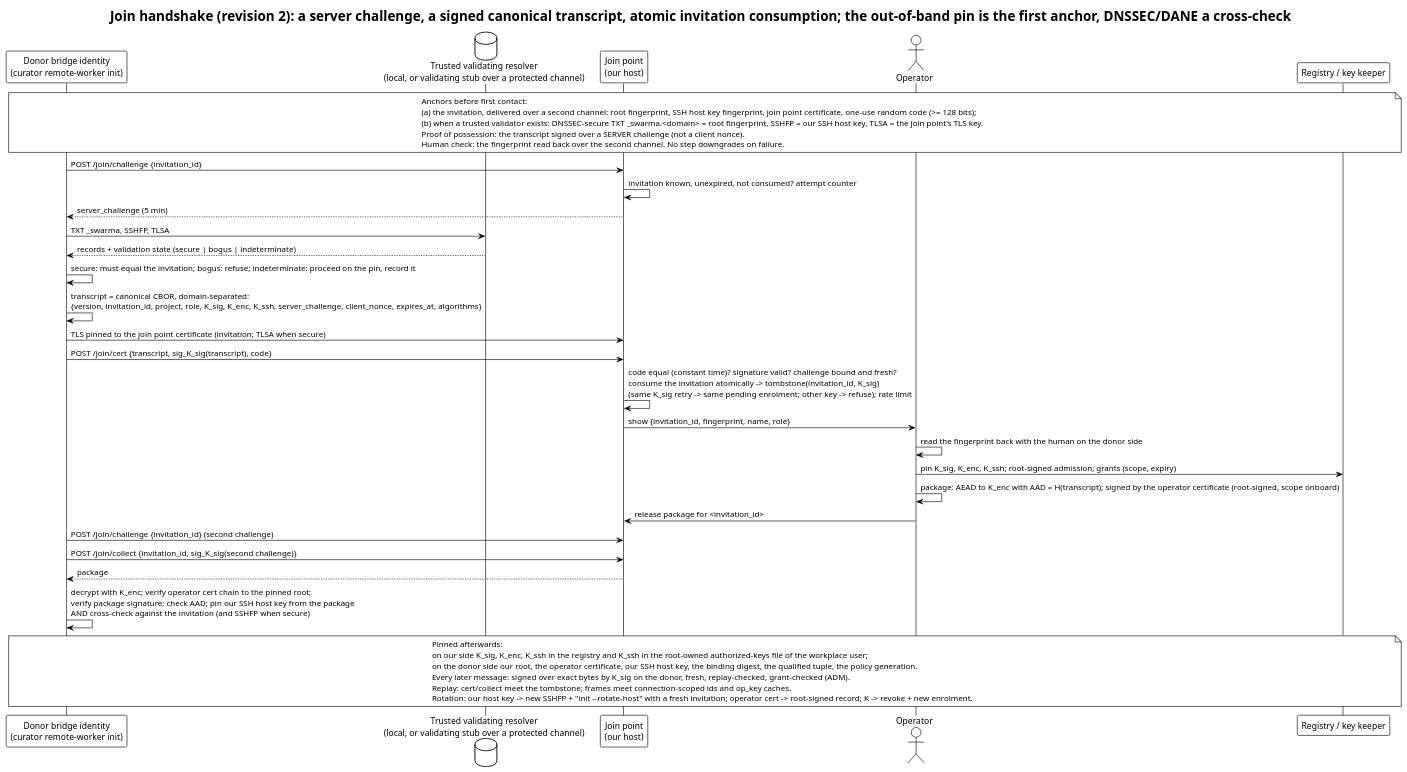
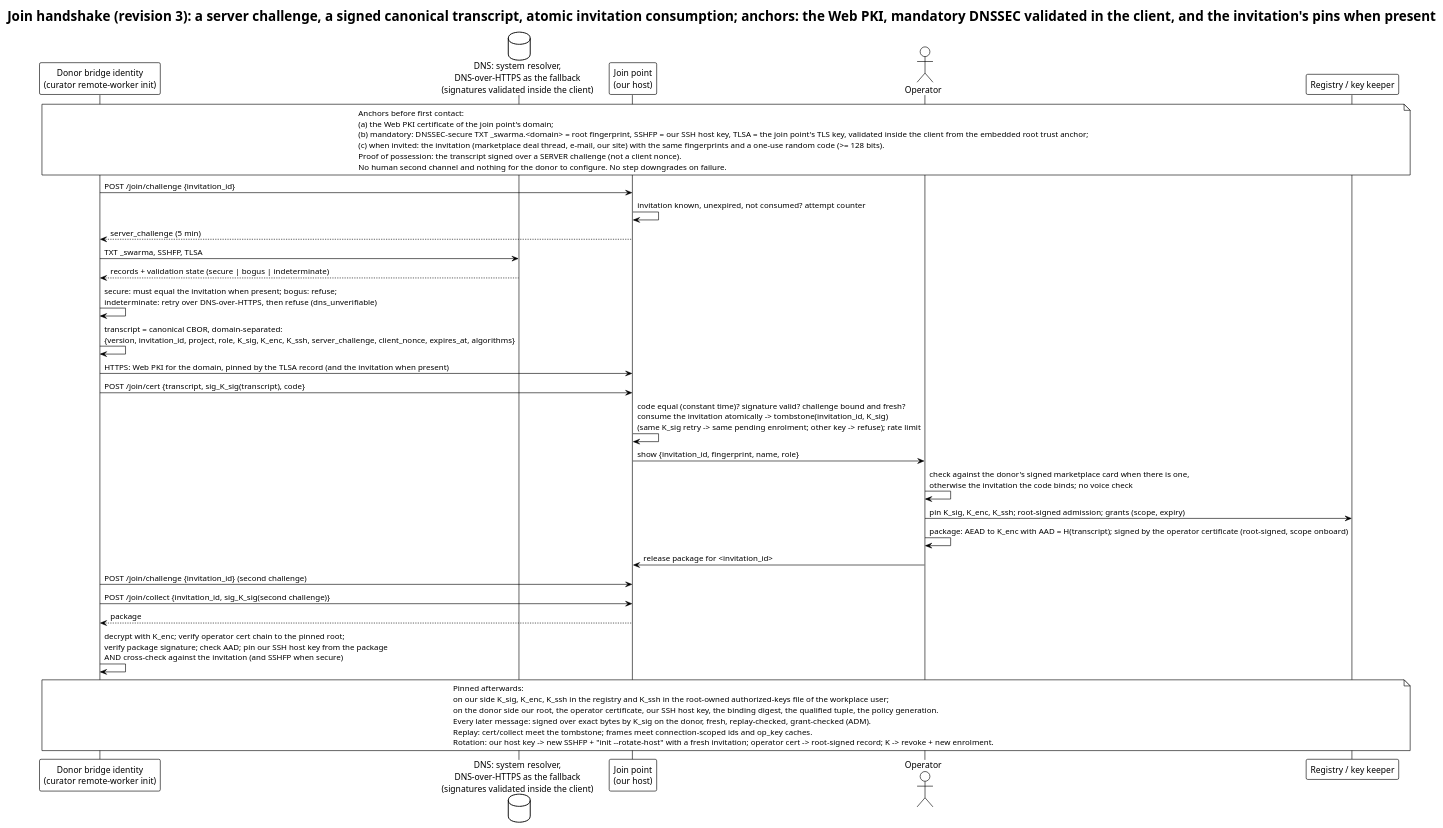
One commit to relux-works/curator-spec changed the diagram in cips/diagrams/join-handshake.puml. Above: the diagram before and after it, drawn with PlantUML. The commit also changed 3 other files, not shown here.

```diff
--- a/cips/diagrams/join-handshake.puml
+++ b/cips/diagrams/join-handshake.puml
@@ -1,47 +1,48 @@
 @startuml join-handshake
 !theme plain
-title Join handshake (revision 2): a server challenge, a signed canonical transcript, atomic invitation consumption; the out-of-band pin is the first anchor, DNSSEC/DANE a cross-check
+title Join handshake (revision 3): a server challenge, a signed canonical transcript, atomic invitation consumption; anchors: the Web PKI, mandatory DNSSEC validated in the client, and the invitation's pins when present
 
 participant "Donor bridge identity\n(curator remote-worker init)" as C
-database "Trusted validating resolver\n(local, or validating stub over a protected channel)" as R
+database "DNS: system resolver,\nDNS-over-HTTPS as the fallback\n(signatures validated inside the client)" as R
 participant "Join point\n(our host)" as JP
 actor "Operator" as OP
 participant "Registry / key keeper" as T
 
 note over C, T
   Anchors before first contact:
-  (a) the invitation, delivered over a second channel: root fingerprint, SSH host key fingerprint, join point certificate, one-use random code (>= 128 bits);
-  (b) when a trusted validator exists: DNSSEC-secure TXT _swarma.<domain> = root fingerprint, SSHFP = our SSH host key, TLSA = the join point's TLS key.
+  (a) the Web PKI certificate of the join point's domain;
+  (b) mandatory: DNSSEC-secure TXT _swarma.<domain> = root fingerprint, SSHFP = our SSH host key, TLSA = the join point's TLS key, validated inside the client from the embedded root trust anchor;
+  (c) when invited: the invitation (marketplace deal thread, e-mail, our site) with the same fingerprints and a one-use random code (>= 128 bits).
   Proof of possession: the transcript signed over a SERVER challenge (not a client nonce).
-  Human check: the fingerprint read back over the second channel. No step downgrades on failure.
+  No human second channel and nothing for the donor to configure. No step downgrades on failure.
 end note
 
 C -> JP: POST /join/challenge {invitation_id}
 JP -> JP: invitation known, unexpired, not consumed? attempt counter
 JP --> C: server_challenge (5 min)
 C -> R: TXT _swarma, SSHFP, TLSA
 R --> C: records + validation state (secure | bogus | indeterminate)
-C -> C: secure: must equal the invitation; bogus: refuse; indeterminate: proceed on the pin, record it
+C -> C: secure: must equal the invitation when present; bogus: refuse;\nindeterminate: retry over DNS-over-HTTPS, then refuse (dns_unverifiable)
 C -> C: transcript = canonical CBOR, domain-separated:\n{version, invitation_id, project, role, K_sig, K_enc, K_ssh, server_challenge, client_nonce, expires_at, algorithms}
-C -> JP: TLS pinned to the join point certificate (invitation; TLSA when secure)
+C -> JP: HTTPS: Web PKI for the domain, pinned by the TLSA record (and the invitation when present)
 C -> JP: POST /join/cert {transcript, sig_K_sig(transcript), code}
 JP -> JP: code equal (constant time)? signature valid? challenge bound and fresh?\nconsume the invitation atomically -> tombstone(invitation_id, K_sig)\n(same K_sig retry -> same pending enrolment; other key -> refuse); rate limit
 JP -> OP: show {invitation_id, fingerprint, name, role}
-OP -> OP: read the fingerprint back with the human on the donor side
+OP -> OP: check against the donor's signed marketplace card when there is one,\notherwise the invitation the code binds; no voice check
 OP -> T: pin K_sig, K_enc, K_ssh; root-signed admission; grants (scope, expiry)
 OP -> OP: package: AEAD to K_enc with AAD = H(transcript); signed by the operator certificate (root-signed, scope onboard)
 OP -> JP: release package for <invitation_id>
 C -> JP: POST /join/challenge {invitation_id} (second challenge)
 C -> JP: POST /join/collect {invitation_id, sig_K_sig(second challenge)}
 JP --> C: package
 C -> C: decrypt with K_enc; verify operator cert chain to the pinned root;\nverify package signature; check AAD; pin our SSH host key from the package\nAND cross-check against the invitation (and SSHFP when secure)
 
 note over C, T
   Pinned afterwards:
   on our side K_sig, K_enc, K_ssh in the registry and K_ssh in the root-owned authorized-keys file of the workplace user;
   on the donor side our root, the operator certificate, our SSH host key, the binding digest, the qualified tuple, the policy generation.
   Every later message: signed over exact bytes by K_sig on the donor, fresh, replay-checked, grant-checked (ADM).
   Replay: cert/collect meet the tombstone; frames meet connection-scoped ids and op_key caches.
   Rotation: our host key -> new SSHFP + "init --rotate-host" with a fresh invitation; operator cert -> root-signed record; K -> revoke + new enrolment.
 end note
 @enduml
```
